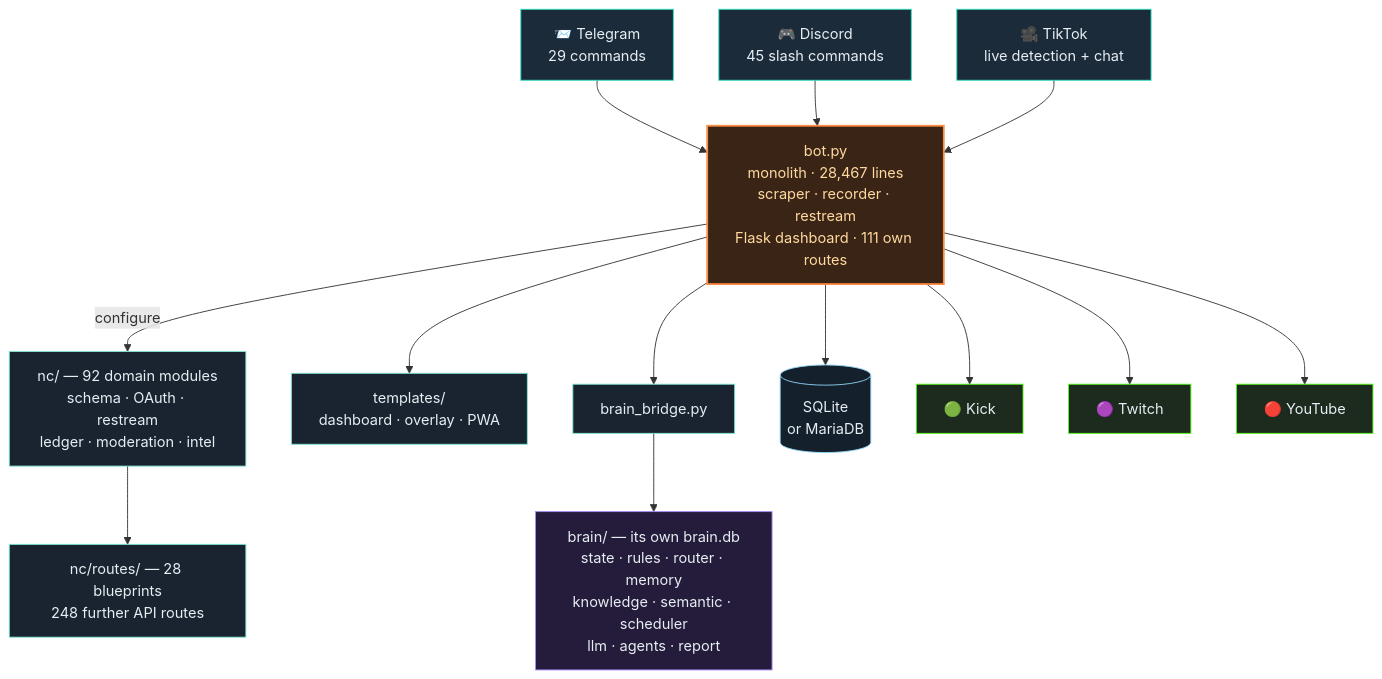
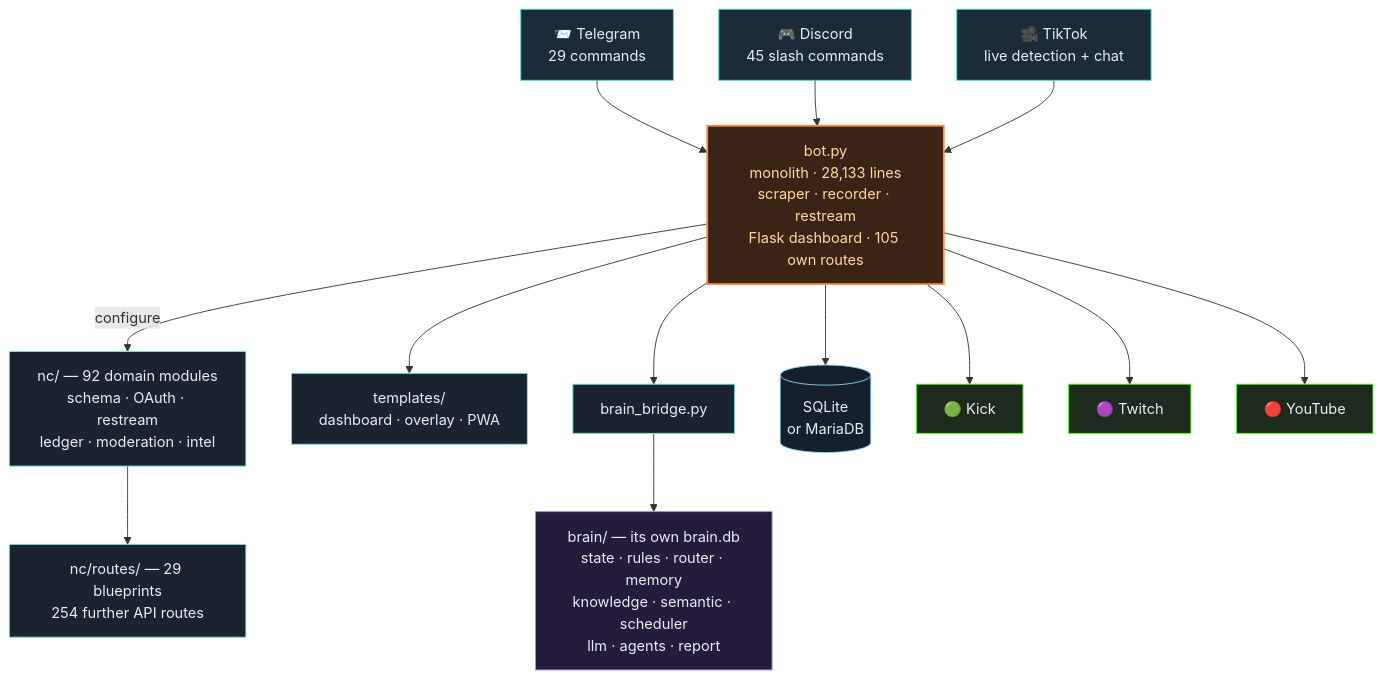
One commit to itsamemedev/Telegram-Stream-Info-Bot changed the third of 4 diagrams in README.en.md. Above: the diagram before and after it, drawn with Mermaid. The commit also changed other lines of this file and 14 other files, not shown here.

````diff
--- a/README.en.md
+++ b/README.en.md
@@ -190,30 +190,30 @@
 ```mermaid
 flowchart TB
     TG["📨 Telegram<br/>29 commands"]:::ein
     DC["🎮 Discord<br/>45 slash commands"]:::ein
     TT["🎥 TikTok<br/>live detection + chat"]:::ein
 
     TG --> BOT
     DC --> BOT
     TT --> BOT
 
-    BOT["bot.py<br/>monolith · 28,467 lines<br/>scraper · recorder · restream<br/>Flask dashboard · 111 own routes"]:::core
+    BOT["bot.py<br/>monolith · 28,133 lines<br/>scraper · recorder · restream<br/>Flask dashboard · 105 own routes"]:::core
 
     BOT -->|configure| NC["nc/ — 92 domain modules<br/>schema · OAuth · restream<br/>ledger · moderation · intel"]:::lib
-    NC --> RT["nc/routes/ — 28 blueprints<br/>248 further API routes"]:::lib
+    NC --> RT["nc/routes/ — 29 blueprints<br/>254 further API routes"]:::lib
     BOT --> TPL["templates/<br/>dashboard · overlay · PWA"]:::lib
     BOT --> BR["brain_bridge.py"]:::lib
     BR --> BRAIN["brain/ — its own brain.db<br/>state · rules · router · memory<br/>knowledge · semantic · scheduler<br/>llm · agents · report"]:::brain
     BOT --> DB[("SQLite<br/>or MariaDB")]:::db
 
     BOT --> KICK["🟢 Kick"]:::out
     BOT --> TW["🟣 Twitch"]:::out
     BOT --> YT["🔴 YouTube"]:::out
 
     classDef ein fill:#1c2b3a,stroke:#2de1c2,color:#e6edf3
     classDef core fill:#3a2415,stroke:#ff8c42,stroke-width:2px,color:#ffd9a0
     classDef lib fill:#1a2430,stroke:#7fe7d4,color:#e6edf3
     classDef brain fill:#241c3a,stroke:#a78bfa,color:#e6edf3
     classDef db fill:#14202c,stroke:#8fd3f4,color:#e6edf3
     classDef out fill:#1c2b1e,stroke:#53fc18,color:#e6edf3
 ```
````
